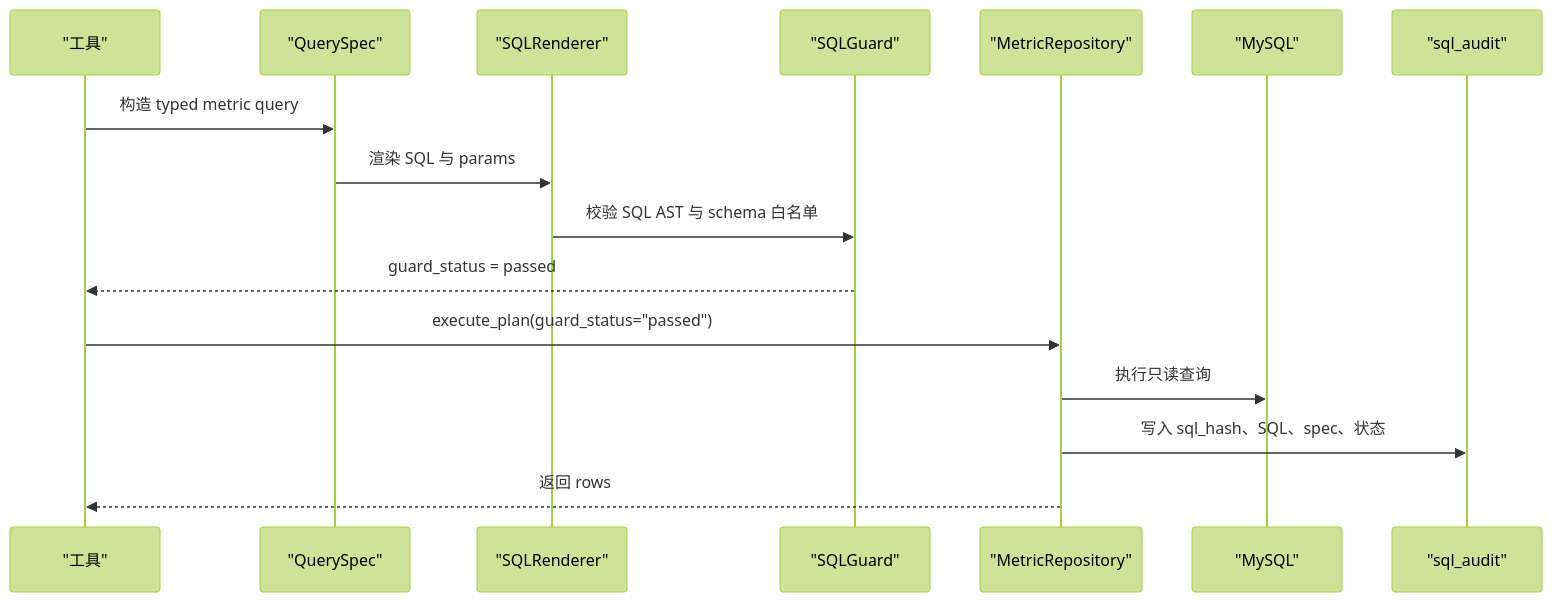
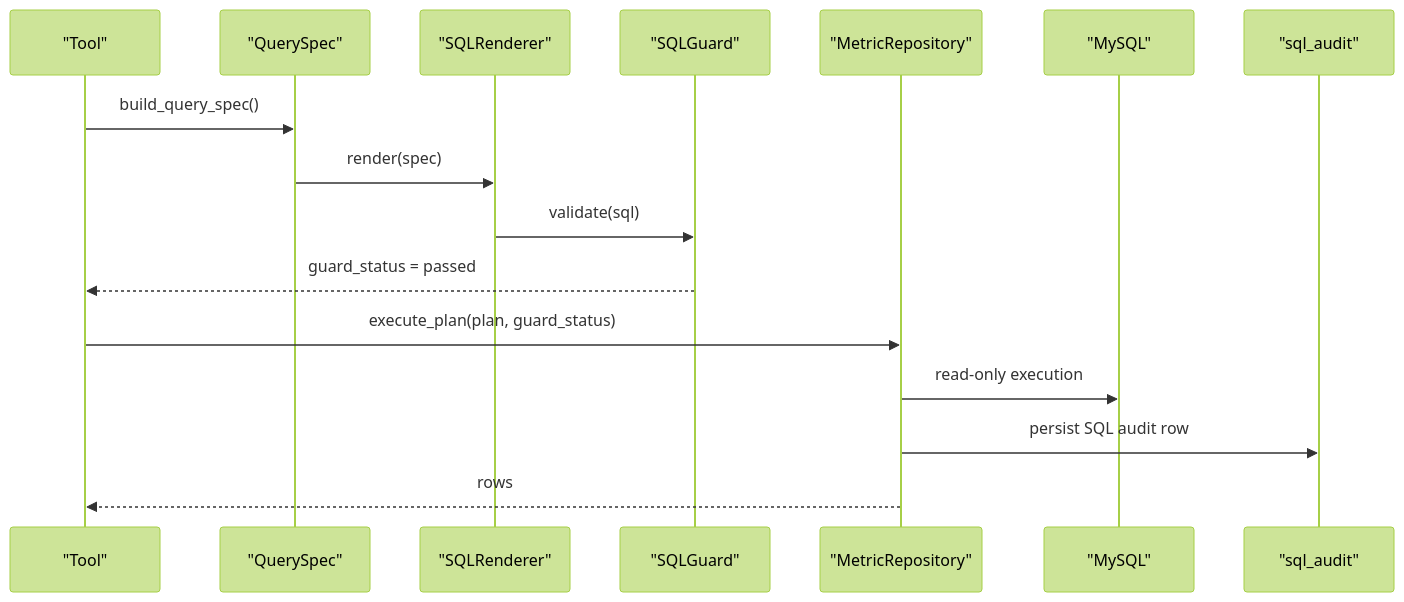
One commit to WOTMCCR/MetricRCA changed the third of 4 diagrams in 项目介绍.md. Above: the diagram before and after it, drawn with Mermaid (forest theme). The commit also changed other lines of this file and 1 other file, not shown here.

````diff
--- a/项目介绍.md
+++ b/项目介绍.md
@@ -177,18 +255,19 @@
 ```mermaid
 sequenceDiagram
-  participant Tool as "工具"
+  participant Tool as "Tool"
   participant Spec as "QuerySpec"
   participant Renderer as "SQLRenderer"
   participant Guard as "SQLGuard"
   participant Repo as "MetricRepository"
   participant DB as "MySQL"
   participant Audit as "sql_audit"
-  Tool->>Spec: 构造 typed metric query
-  Spec->>Renderer: 渲染 SQL 与 params
-  Renderer->>Guard: 校验 SQL AST 与 schema 白名单
+
+  Tool->>Spec: build_query_spec()
+  Spec->>Renderer: render(spec)
+  Renderer->>Guard: validate(sql)
   Guard-->>Tool: guard_status = passed
-  Tool->>Repo: execute_plan(guard_status="passed")
-  Repo->>DB: 执行只读查询
-  Repo->>Audit: 写入 sql_hash、SQL、spec、状态
-  Repo-->>Tool: 返回 rows
+  Tool->>Repo: execute_plan(plan, guard_status)
+  Repo->>DB: read-only execution
+  Repo->>Audit: persist SQL audit row
+  Repo-->>Tool: rows
 ```
````
